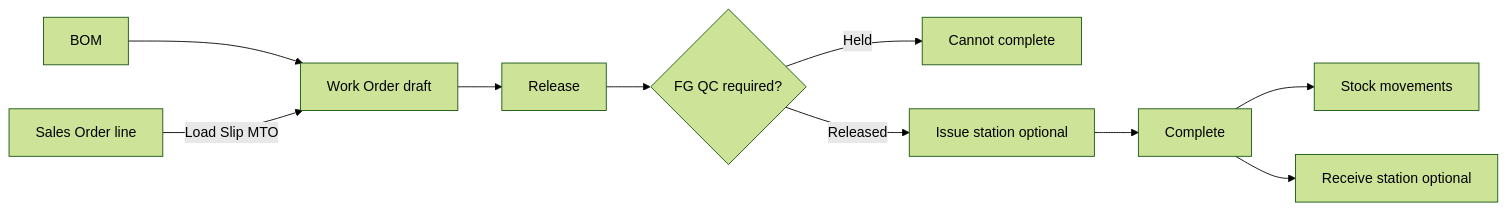
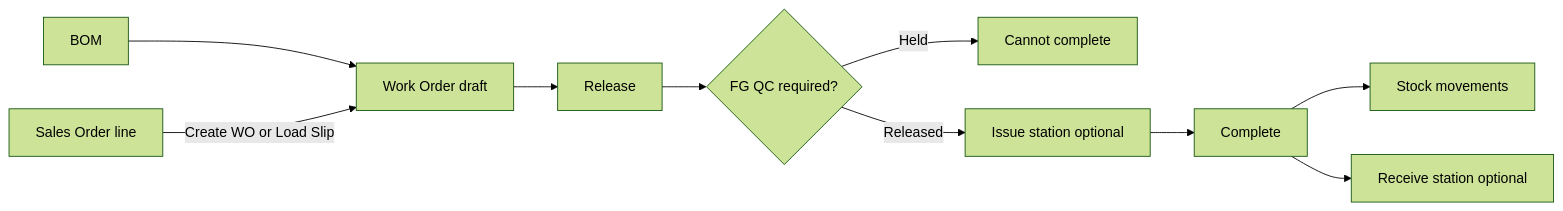
The diagram in docs/notion-knowledge-base/21-PRODUCTION.md (erpproject116-gif/bluearmerp-v3), drawn with Mermaid (forest theme) before and after one commit. The commit also changed other lines of this file and 27 other files, not shown here.

````diff
--- a/docs/notion-knowledge-base/21-PRODUCTION.md
+++ b/docs/notion-knowledge-base/21-PRODUCTION.md
@@ -20,12 +21,12 @@
 ```mermaid
 flowchart LR
   BOM[BOM] --> WO[Work Order draft]
-  SO[Sales Order line] -->|Load Slip MTO| WO
+  SO[Sales Order line] -->|Create WO or Load Slip| WO
   WO --> REL[Release]
   REL --> QC{FG QC required?}
   QC -->|Held| HOLD[Cannot complete]
   QC -->|Released| ISSUE[Issue station optional]
   ISSUE --> COMP[Complete]
   COMP --> STK[Stock movements]
   COMP --> FG[Receive station optional]
 ```
````
